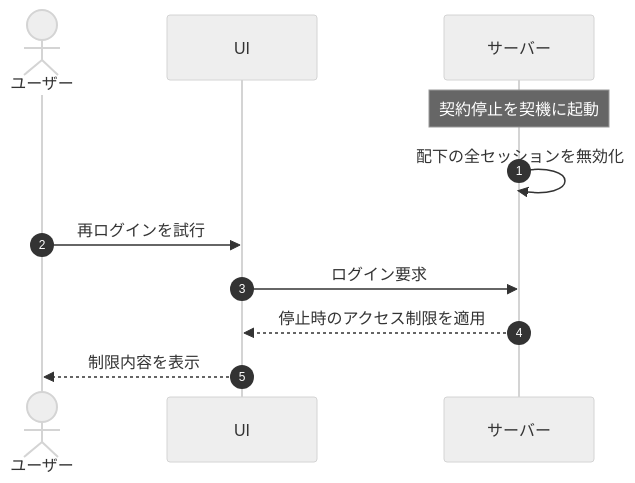
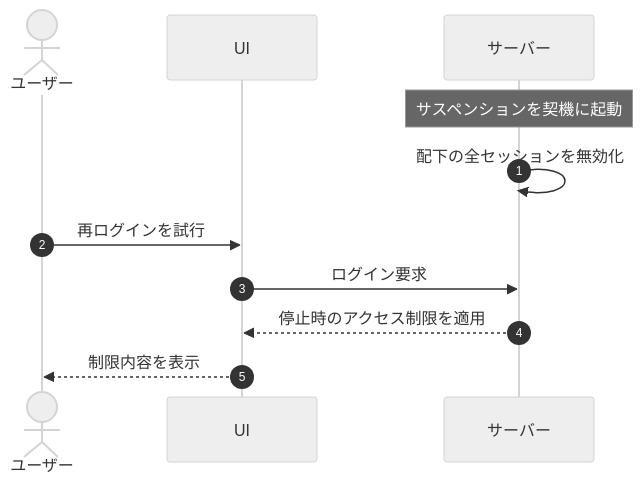
Before and after one commit to sikakou54/open-faq: diagram 11 of 60 in 01_requirements/02_functional_requirement/01_account-fr.md, drawn with Mermaid (neutral theme). The commit also changed other lines of this file and 294 other files, not shown here.

````diff
--- a/01_requirements/02_functional_requirement/01_account-fr.md
+++ b/01_requirements/02_functional_requirement/01_account-fr.md
@@ -327,13 +328,13 @@
 ```mermaid
 sequenceDiagram
   autonumber
   actor U as ユーザー
   participant UI as UI
   participant S as サーバー
-  Note over S: 契約停止を契機に起動
+  Note over S: サスペンションを契機に起動
   S->>S: 配下の全セッションを無効化
   U->>UI: 再ログインを試行
   UI->>S: ログイン要求
   S-->>UI: 停止時のアクセス制限を適用
   UI-->>U: 制限内容を表示
 ```
````
